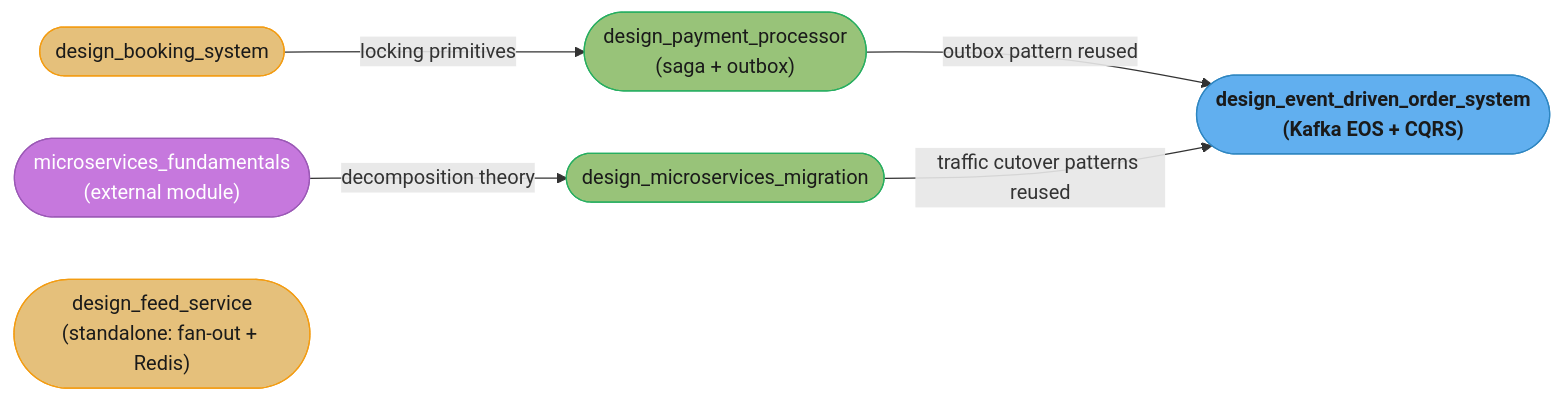
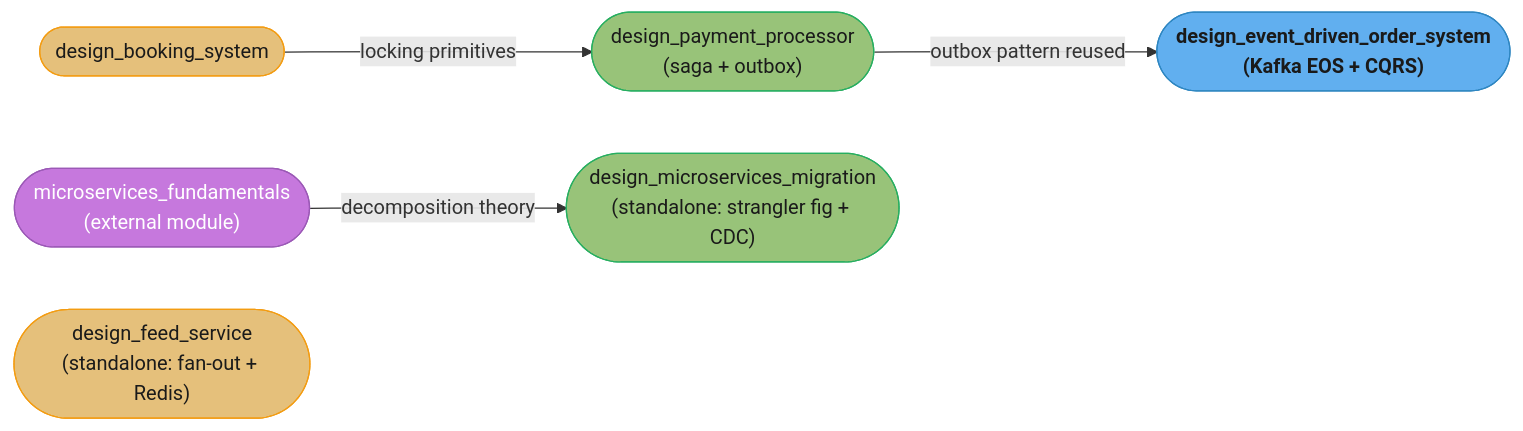
The diagram in src/main/java/com/rutik/systemdesign/backend/case_studies/README.md (rppol/system-design), drawn with Mermaid before and after one commit. The commit also changed other lines of this file and 13 other files, not shown here.

````diff
--- a/src/main/java/com/rutik/systemdesign/backend/case_studies/README.md
+++ b/src/main/java/com/rutik/systemdesign/backend/case_studies/README.md
@@ -75,21 +75,20 @@
 ```mermaid
 flowchart LR
     classDef io      fill:#61afef,stroke:#2e86c1,color:#1a1a1a,font-weight:bold
     classDef frozen  fill:#c678dd,stroke:#9b59b6,color:#fff
     classDef train   fill:#98c379,stroke:#27ae60,color:#1a1a1a
     classDef mathOp  fill:#d19a66,stroke:#e67e22,color:#1a1a1a,font-weight:bold
     classDef lossN   fill:#e06c75,stroke:#c0392b,color:#fff,font-weight:bold
     classDef req     fill:#56b6c2,stroke:#0097a7,color:#1a1a1a
     classDef base    fill:#e5c07b,stroke:#f39c12,color:#1a1a1a
 
     booking(["design_booking_system"]) -->|"locking primitives"| payment(["design_payment_processor<br/>(saga + outbox)"])
     payment -->|"outbox pattern reused"| eventOrder(["design_event_driven_order_system<br/>(Kafka EOS + CQRS)"])
-    msFund(["microservices_fundamentals<br/>(external module)"]) -->|"decomposition theory"| migration(["design_microservices_migration"])
-    migration -->|"traffic cutover patterns reused"| eventOrder
+    msFund(["microservices_fundamentals<br/>(external module)"]) -->|"decomposition theory"| migration(["design_microservices_migration<br/>(standalone: strangler fig + CDC)"])
     feed(["design_feed_service<br/>(standalone: fan-out + Redis)"])
 
     class booking,feed base
     class payment,migration train
     class eventOrder io
     class msFund frozen
 ```
````
